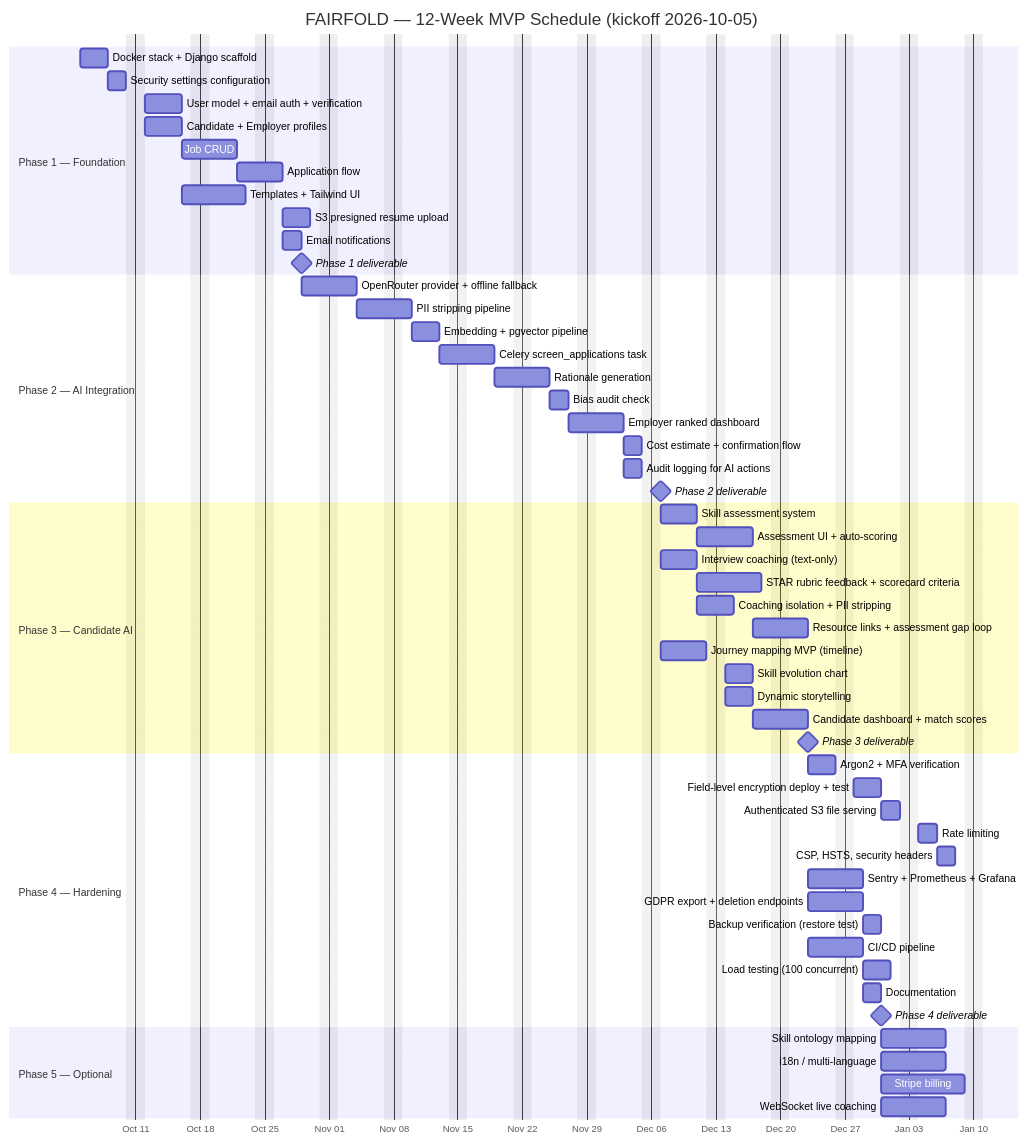
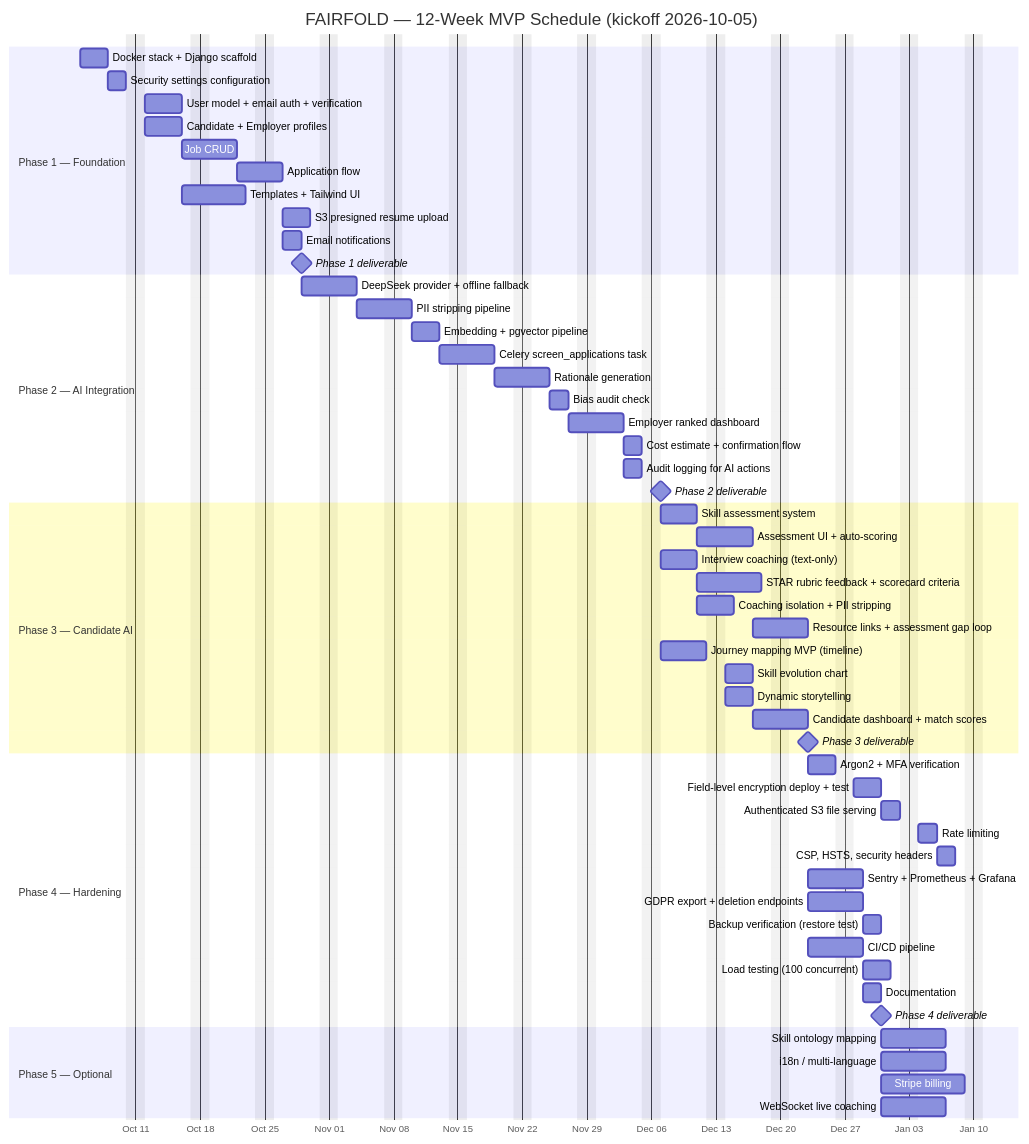
Before and after one commit to ishrakhossain53/FAIRFOLD: the first of 5 diagrams in FAIRFOLD_Feasibility_and_Design.md, drawn with Mermaid. The commit also changed other lines of this file and 24 other files, not shown here.

````diff
--- a/FAIRFOLD_Feasibility_and_Design.md
+++ b/FAIRFOLD_Feasibility_and_Design.md
@@ -1145,64 +1145,64 @@
 ```mermaid
 gantt
     title FAIRFOLD — 12-Week MVP Schedule (kickoff 2026-10-05)
     dateFormat  YYYY-MM-DD
     axisFormat  %b %d
     excludes weekends
 
     section Phase 1 — Foundation
     Docker stack + Django scaffold      :p1a, 2026-10-05, 3d
     Security settings configuration     :p1b, after p1a, 2d
     User model + email auth + verification :p1c, after p1b, 4d
     Candidate + Employer profiles       :p1d, after p1b, 4d
     Job CRUD                            :p1e, after p1c, 4d
     Application flow                    :p1f, after p1e, 3d
     Templates + Tailwind UI             :p1g, after p1d, 5d
     S3 presigned resume upload          :p1h, after p1f, 3d
     Email notifications                 :p1i, after p1f, 2d
     Phase 1 deliverable                 :milestone, m1, after p1i, 0d
 
     section Phase 2 — AI Integration
-    OpenRouter provider + offline fallback :p2a, after m1, 4d
+    DeepSeek provider + offline fallback :p2a, after m1, 4d
     PII stripping pipeline               :p2b, after p2a, 4d
     Embedding + pgvector pipeline        :p2c, after p2b, 3d
     Celery screen_applications task      :p2d, after p2c, 4d
     Rationale generation                 :p2e, after p2d, 4d
     Bias audit check                     :p2f, after p2e, 2d
     Employer ranked dashboard            :p2g, after p2f, 4d
     Cost estimate + confirmation flow    :p2h, after p2g, 2d
     Audit logging for AI actions         :p2i, after p2g, 2d
     Phase 2 deliverable                  :milestone, m2, after p2i, 0d
 
     section Phase 3 — Candidate AI
     Skill assessment system              :p3a, after m2, 4d
     Assessment UI + auto-scoring         :p3b, after p3a, 4d
     Interview coaching (text-only)       :p3c, after m2, 4d
     STAR rubric feedback + scorecard criteria :p3d, after p3c, 5d
     Coaching isolation + PII stripping   :p3e, after p3c, 2d
     Resource links + assessment gap loop :p3f, after p3b, 4d
     Journey mapping MVP (timeline)       :p3g, after m2, 5d
     Skill evolution chart                :p3h, after p3g, 3d
     Dynamic storytelling                 :p3i, after p3g, 3d
     Candidate dashboard + match scores   :p3j, after p3b, 4d
     Phase 3 deliverable                  :milestone, m3, after p3j, 0d
 
     section Phase 4 — Hardening
     Argon2 + MFA verification            :p4a, after m3, 3d
     Field-level encryption deploy + test :p4b, after p4a, 3d
     Authenticated S3 file serving        :p4c, after p4b, 2d
     Rate limiting                        :p4d, after p4c, 2d
     CSP, HSTS, security headers          :p4e, after p4d, 2d
     Sentry + Prometheus + Grafana        :p4f, after m3, 4d
     GDPR export + deletion endpoints     :p4g, after m3, 4d
     Backup verification (restore test)   :p4h, after p4f, 2d
     CI/CD pipeline                       :p4i, after m3, 4d
     Load testing (100 concurrent)       :p4j, after p4i, 3d
     Documentation                        :p4k, after p4i, 2d
     Phase 4 deliverable                  :milestone, m4, after p4k, 0d
 
     section Phase 5 — Optional
     Skill ontology mapping               :p5a, after m4, 5d
     i18n / multi-language                :p5b, after m4, 5d
     Stripe billing                       :p5c, after m4, 7d
     WebSocket live coaching              :p5d, after m4, 5d
 ```
````
